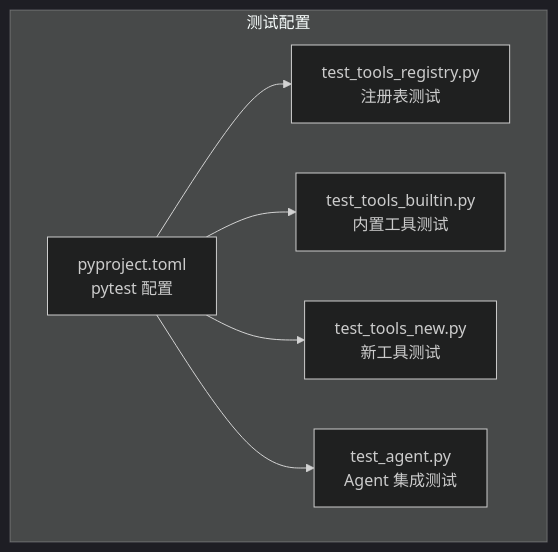
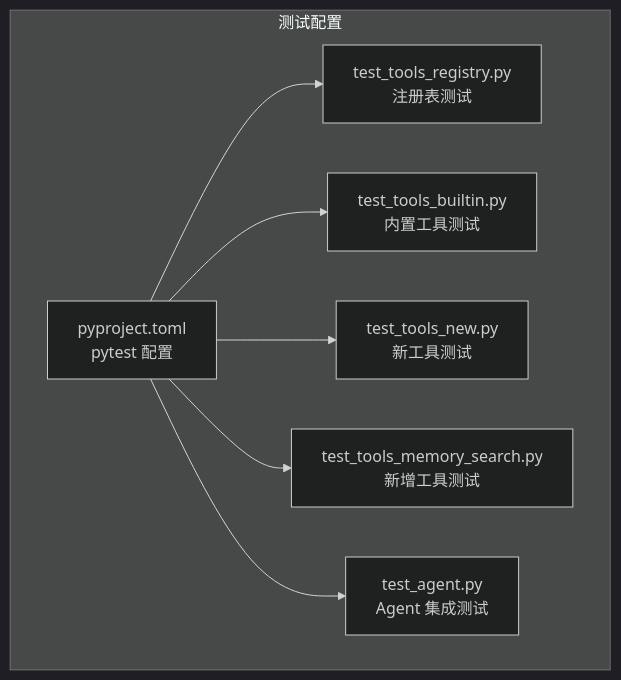
Before and after one commit to 250shiwo/MySmallAgent: the ninth of 11 diagrams in .qoder/repowiki/zh/content/核心模块详解/工具系统架构.md, drawn with Mermaid (dark theme). The commit also changed other lines of this file and 41 other files, not shown here.

````diff
--- a/.qoder/repowiki/zh/content/核心模块详解/工具系统架构.md
+++ b/.qoder/repowiki/zh/content/核心模块详解/工具系统架构.md
@@ -541,14 +654,16 @@
 ```mermaid
 graph TB
 subgraph "测试配置"
 PyProject[pyproject.toml<br/>pytest 配置]
 TestRegistry[test_tools_registry.py<br/>注册表测试]
 TestBuiltin[test_tools_builtin.py<br/>内置工具测试]
 TestNew[test_tools_new.py<br/>新工具测试]
+TestMemorySearch[test_tools_memory_search.py<br/>新增工具测试]
 TestAgent[test_agent.py<br/>Agent 集成测试]
 end
 PyProject --> TestRegistry
 PyProject --> TestBuiltin
 PyProject --> TestNew
+PyProject --> TestMemorySearch
 PyProject --> TestAgent
 ```
````
